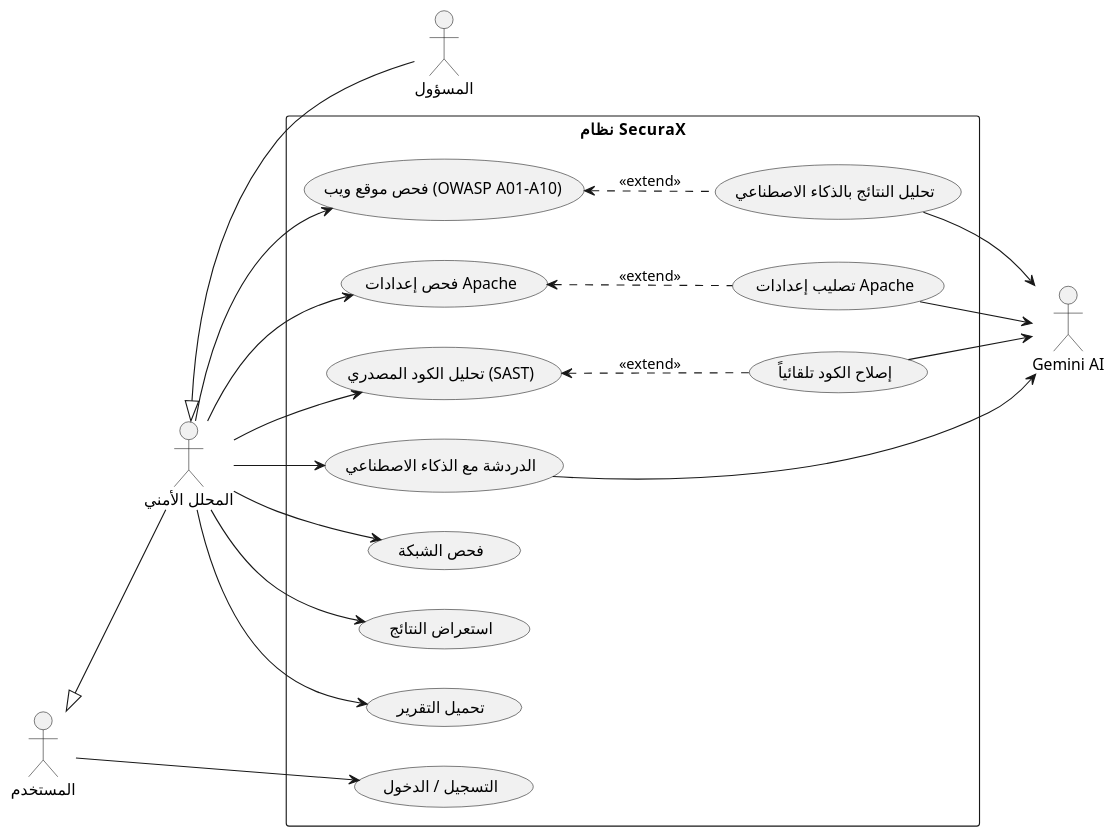
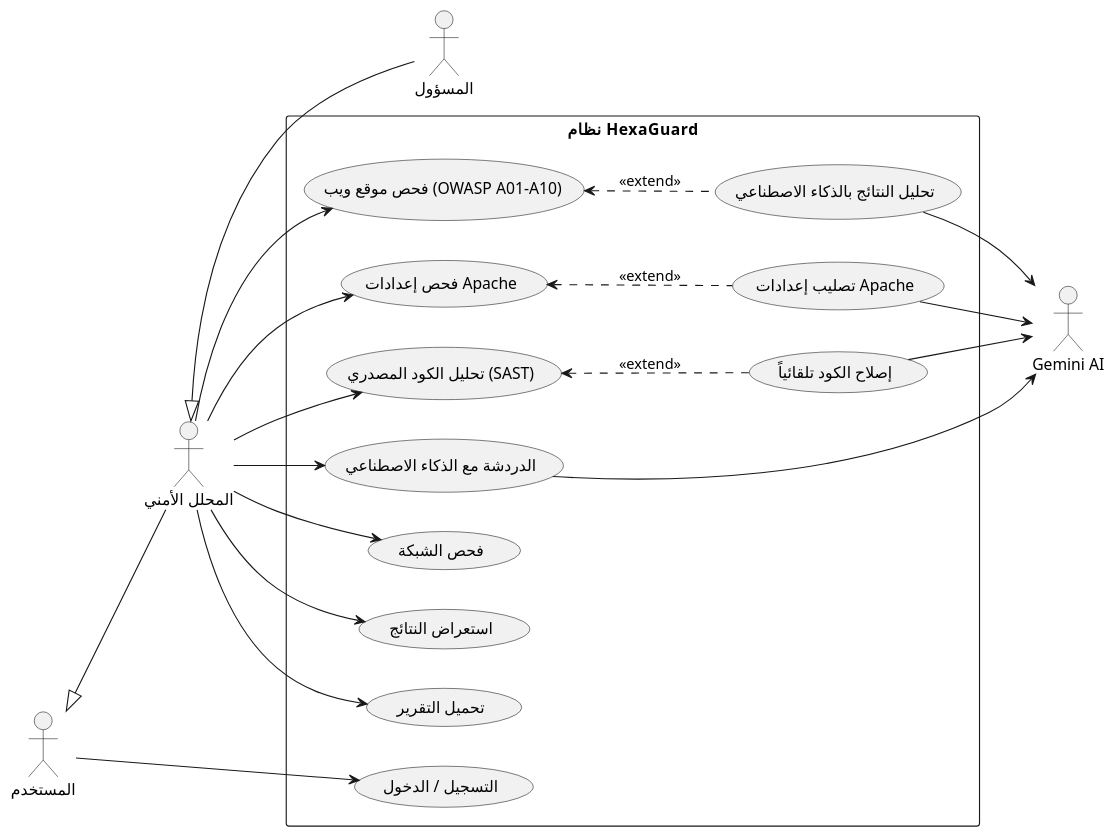
Before and after one commit to Abdallahbenaicha/HexaGuard: the first of 5 diagrams in docs/PFE_ARABIC/chapter_02_system_design.md, drawn with PlantUML. The commit also changed other lines of this file and 108 other files, not shown here.

First line of the commit message:
refactor: rename SecurAx → HexaGuard across entire codebase

````diff
--- a/docs/PFE_ARABIC/chapter_02_system_design.md
+++ b/docs/PFE_ARABIC/chapter_02_system_design.md
@@ -142,46 +142,46 @@
 ```plantuml
 @startuml
 left to right direction
 skinparam packageStyle rectangle
 
 actor "المستخدم" as User
 actor "المحلل الأمني" as Analyst
 actor "المسؤول" as Admin
 actor "Gemini AI" as AI
 
 User <|-- Analyst
 Analyst <|-- Admin
 
-rectangle "نظام SecuraX" {
+rectangle "نظام HexaGuard" {
   usecase "التسجيل / الدخول" as UC_Auth
   usecase "فحص موقع ويب (OWASP A01-A10)" as UC_Web
   usecase "فحص إعدادات Apache" as UC_Apache
   usecase "تحليل الكود المصدري (SAST)" as UC_SAST
   usecase "فحص الشبكة" as UC_Net
   usecase "استعراض النتائج" as UC_View
   usecase "تحميل التقرير" as UC_Report
   usecase "الدردشة مع الذكاء الاصطناعي" as UC_Chat
   usecase "تحليل النتائج بالذكاء الاصطناعي" as UC_AI
   usecase "إصلاح الكود تلقائياً" as UC_FixCode
   usecase "تصليب إعدادات Apache" as UC_FixApache
 }
 
 User --> UC_Auth
 Analyst --> UC_Web
 Analyst --> UC_Apache
 Analyst --> UC_SAST
 Analyst --> UC_Net
 Analyst --> UC_View
 Analyst --> UC_Report
 Analyst --> UC_Chat
 
 UC_Web <.. UC_AI : <<extend>>
 UC_SAST <.. UC_FixCode : <<extend>>
 UC_Apache <.. UC_FixApache : <<extend>>
 
 UC_AI --> AI
 UC_Chat --> AI
 UC_FixCode --> AI
 UC_FixApache --> AI
 @enduml
 ```
````
